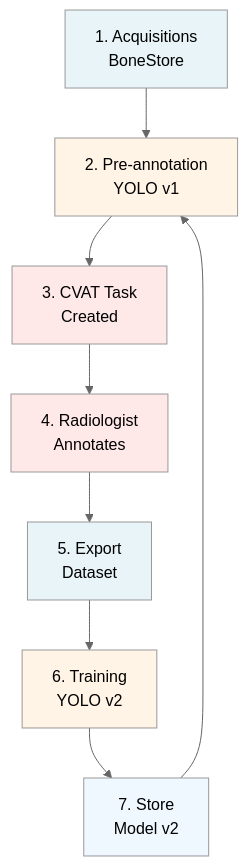
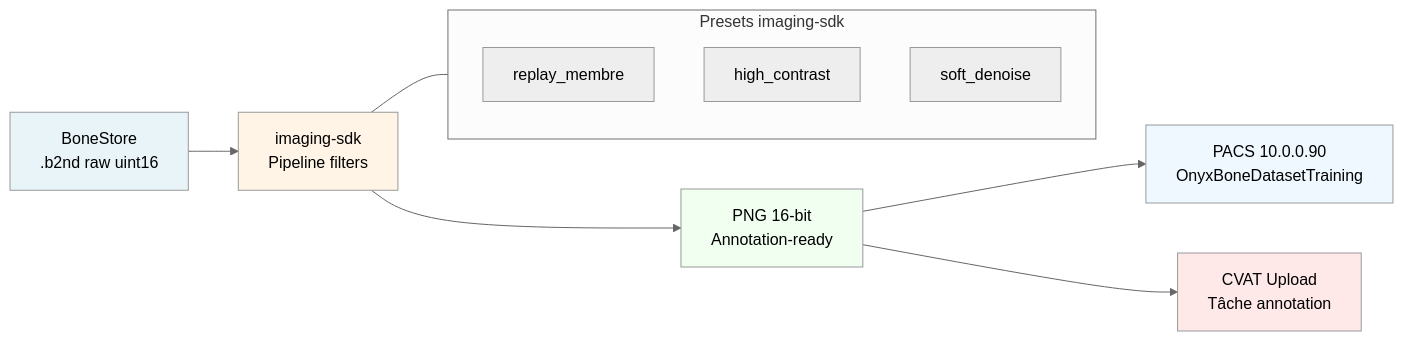
One commit to VersoVet/bone-annotator changed the third of 4 diagrams in DIAGRAM.md. Above: the diagram before and after it, drawn with Mermaid (neutral theme). The commit also changed other lines of this file and 4 other files, not shown here.

First line of the commit message:
fix: Resolve Forge validation errors — DIAGRAM.md, test coverage, Codex issues

````diff
--- a/DIAGRAM.md
+++ b/DIAGRAM.md
@@ -182,18 +103,21 @@
 ```mermaid
-graph TB
-    A["1. Acquisitions<br/>BoneStore"] --> B["2. Pre-annotation<br/>YOLO v1"]
-    B --> C["3. CVAT Task<br/>Created"]
-    C --> D["4. Radiologist<br/>Annotates"]
-    D --> E["5. Export<br/>Dataset"]
-    E --> F["6. Training<br/>YOLO v2"]
-    F --> G["7. Store<br/>Model v2"]
-    G --> B
-    
+graph LR
+    A["BoneStore<br/>.b2nd raw uint16"] --> B["imaging-sdk<br/>Pipeline filters"]
+    B --> C["PNG 16-bit<br/>Annotation-ready"]
+    C --> D["PACS 10.0.0.90<br/>OnyxBoneDatasetTraining"]
+    C --> E["CVAT Upload<br/>Tâche annotation"]
+
+    subgraph Pipelines["Presets imaging-sdk"]
+        P1["replay_membre"]
+        P2["high_contrast"]
+        P3["soft_denoise"]
+    end
+
+    B --- Pipelines
+
     style A fill:#e8f4f8
     style B fill:#fff4e6
-    style C fill:#ffe8e8
-    style D fill:#ffe8e8
-    style E fill:#e8f4f8
-    style F fill:#fff4e6
-    style G fill:#f0f8ff
+    style C fill:#f0fff0
+    style D fill:#f0f8ff
+    style E fill:#ffe8e8
 ```
````
